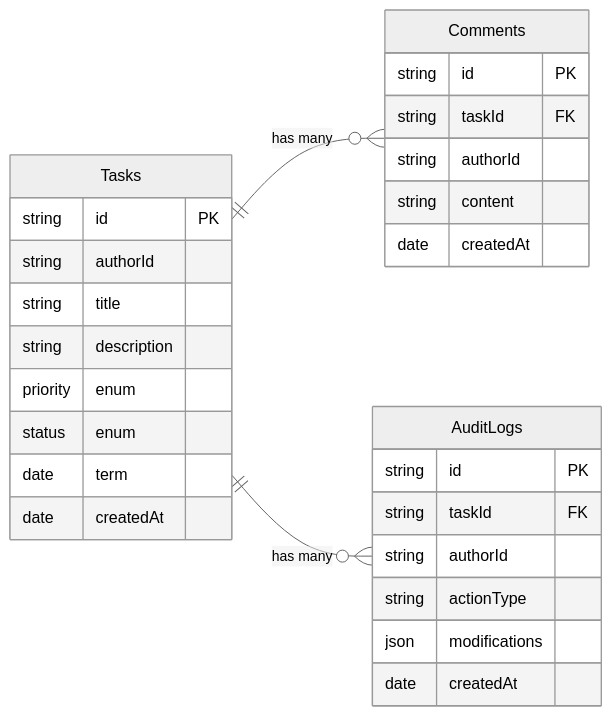
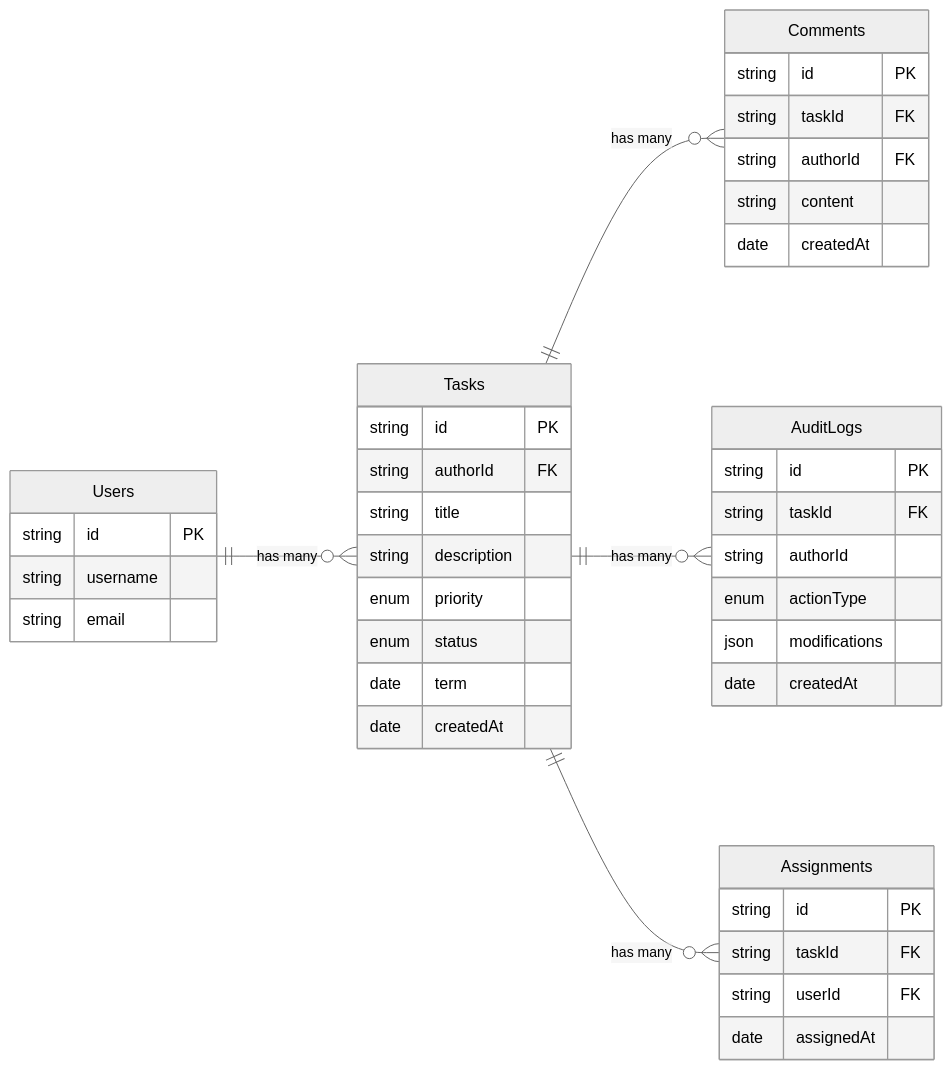
Before and after one commit to zyxsz/jg-tech-challenge: the fourth of 4 diagrams in README.md, drawn with Mermaid (neutral theme). The commit also changed other lines of this file, not shown here.

````diff
--- a/README.md
+++ b/README.md
@@ -175,31 +151,49 @@
 ```mermaid
 erDiagram
-    direction LR
-    Tasks {
-        string id PK
-        string authorId
-        string title
-        string description
-        priority enum
-        status enum
-        date term
-        date createdAt
-    }
-    AuditLogs {
-        string id PK
-        string taskId FK
-        string authorId
-        string actionType
-        json modifications
-        date createdAt
-    }
-    Comments {
-        string id PK
-        string taskId FK
-        string authorId
-        string content
-        date createdAt
-    }
-    Tasks ||--o{ Comments : "has many"
-    Tasks ||--o{ AuditLogs : "has many"
+	direction  LR
+
+	Users {
+		string  id  PK
+		string  username
+		string  email
+	}
+
+	Tasks {
+		string  id  PK
+		string  authorId  FK
+		string  title
+		string  description
+		enum  priority
+		enum  status
+		date  term
+		date  createdAt
+	}
+
+	AuditLogs {
+	string  id  PK
+	string  taskId  FK
+	string  authorId
+	enum  actionType
+	json  modifications
+	date  createdAt
+	}
+
+	Comments {
+		string  id  PK
+		string  taskId  FK
+		string  authorId  FK
+		string  content
+		date  createdAt
+	}
+
+	Assignments {
+		string  id  PK
+		string  taskId  FK
+		string  userId  FK
+		date  assignedAt
+	}
+	Users ||--o{ Tasks : "has  many"
+	Tasks ||--o{ Comments : "has  many"
+	Tasks ||--o{ AuditLogs : "has  many"
+	Tasks ||--o{ Assignments : "has  many"
 ```
````
